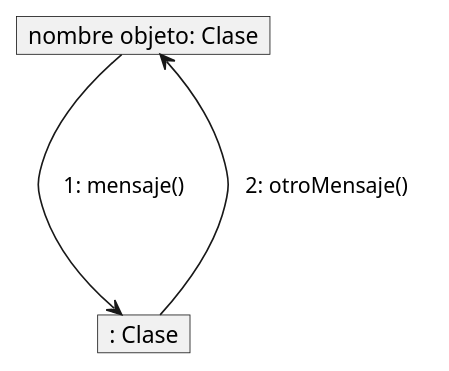
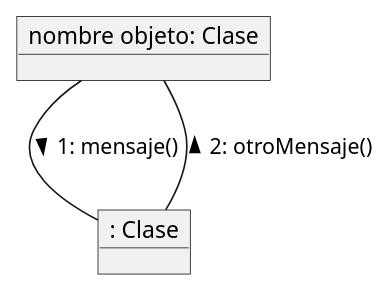
Before and after one commit to mpaulaherrero/IS-022023: the diagram in docs/diagrams/practica3/23_interactions_comunication.plantuml, drawn with PlantUML. The commit also changed 1 other file, not shown here.

```diff
--- a/docs/diagrams/practica3/23_interactions_comunication.plantuml
+++ b/docs/diagrams/practica3/23_interactions_comunication.plantuml
@@ -1,20 +1,9 @@
 @startuml "diagramaColaboracion"
-
-skinparam noteBackgroundColor transparent
-skinparam noteBorderColor transparent
-hide members
 
 object "nombre objeto: Clase" as objeto1
 object ": Clase" as objeto2
 
-objeto1 -d--> objeto2
-note on link
-    1: mensaje()
-end note
-
-objeto2 -u-> objeto1
-note on link
-    2: otroMensaje()
-end note
+objeto1 -d- objeto2 : 1: mensaje() >
+objeto2 -u- objeto1 : 2: otroMensaje() >
 
 @enduml
```
